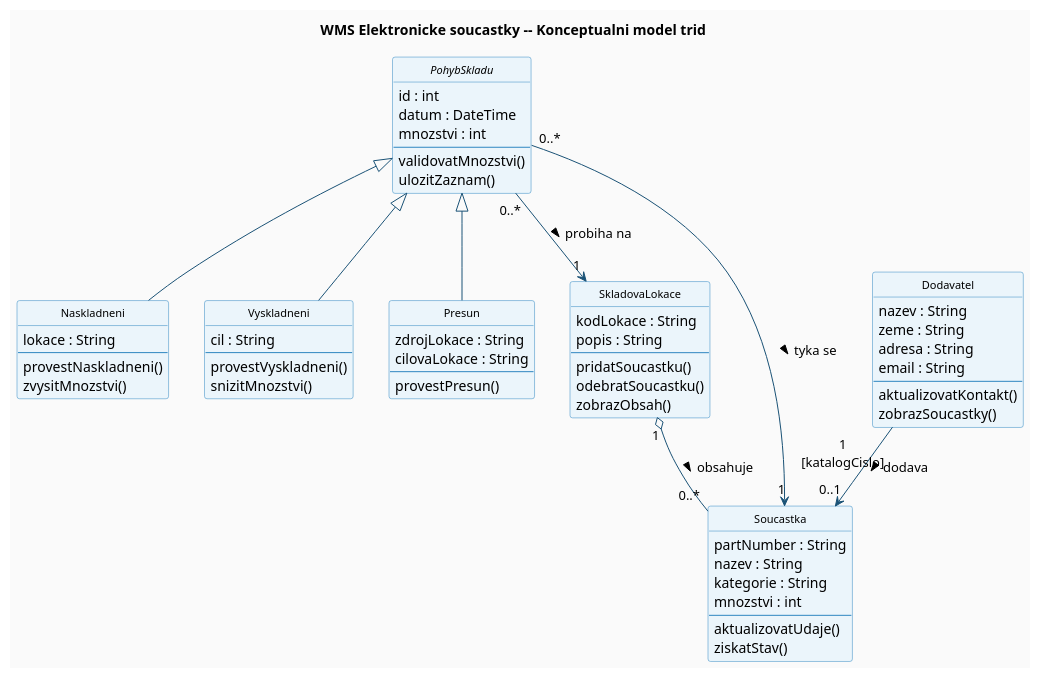
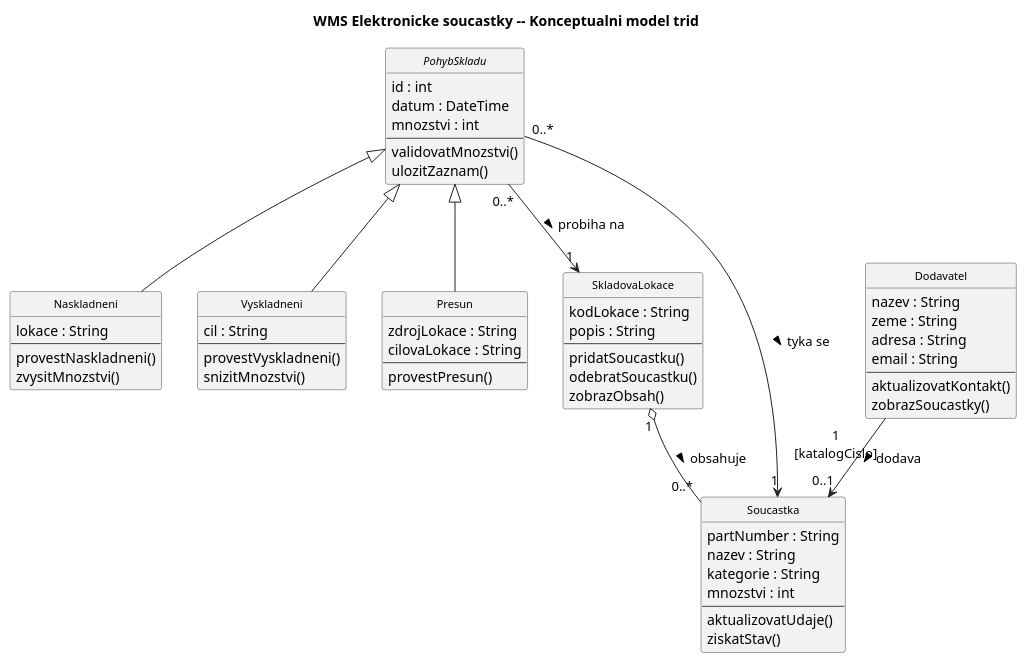
The diagram in diagrams/02a_conceptual_model.puml (lkvapil/WMS-elektronicke-soucastky), drawn with PlantUML before and after one commit. The commit also changed 15 other files, not shown here.

Commit message:
style: cernobile schema pro vsechny diagramy

```diff
--- a/diagrams/02a_conceptual_model.puml
+++ b/diagrams/02a_conceptual_model.puml
@@ -1,81 +1,81 @@
 @startuml 02a_conceptual_model
 hide circle
 title WMS Elektronicke soucastky -- Konceptualni model trid
 
-skinparam backgroundColor #FAFAFA
-skinparam classBackgroundColor #EBF5FB
-skinparam classBorderColor #2E86C1
-skinparam classArrowColor #1A5276
+skinparam backgroundColor #FFFFFF
+skinparam classBackgroundColor #F2F2F2
+skinparam classBorderColor #444444
+skinparam classArrowColor #222222
 skinparam classFontSize 11
 skinparam classAttributeIconSize 0
 
 abstract class PohybSkladu {
   id : int
   datum : DateTime
   mnozstvi : int
   --
   validovatMnozstvi()
   ulozitZaznam()
 }
 
 class Naskladneni {
   lokace : String
   --
   provestNaskladneni()
   zvysitMnozstvi()
 }
 
 class Vyskladneni {
   cil : String
   --
   provestVyskladneni()
   snizitMnozstvi()
 }
 
 class Presun {
   zdrojLokace : String
   cilovaLokace : String
   --
   provestPresun()
 }
 
 class SkladovaLokace {
   kodLokace : String
   popis : String
   --
   pridatSoucastku()
   odebratSoucastku()
   zobrazObsah()
 }
 
 class Soucastka {
   partNumber : String
   nazev : String
   kategorie : String
   mnozstvi : int
   --
   aktualizovatUdaje()
   ziskatStav()
 }
 
 class Dodavatel {
   nazev : String
   zeme : String
   adresa : String
   email : String
   --
   aktualizovatKontakt()
   zobrazSoucastky()
 }
 
 PohybSkladu <|-- Naskladneni
 PohybSkladu <|-- Vyskladneni
 PohybSkladu <|-- Presun
 
 Dodavatel "1\n[katalogCislo]" --> "0..1" Soucastka : dodava >
 
 SkladovaLokace "1" o-- "0..*" Soucastka      : obsahuje >
 PohybSkladu "0..*" --> "1"    SkladovaLokace : probiha na >
 PohybSkladu "0..*" --> "1"    Soucastka      : tyka se >
 
 @enduml
```
